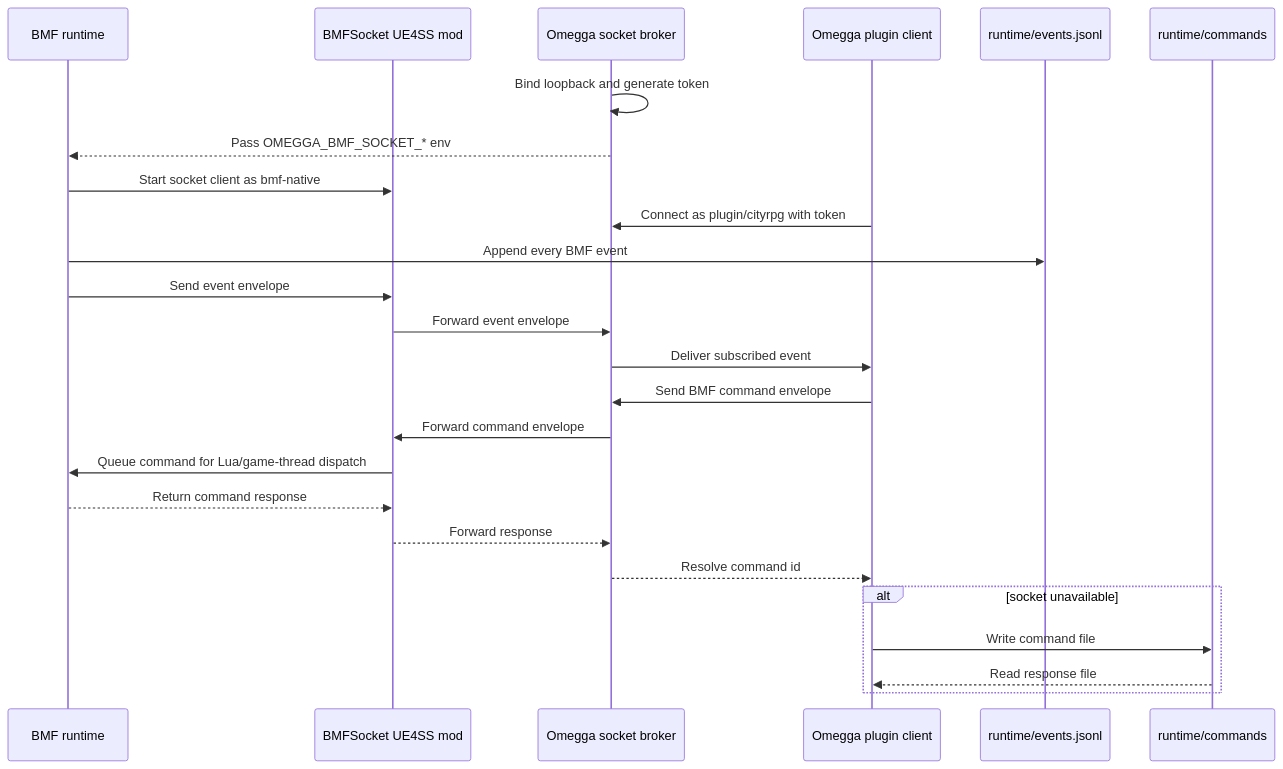
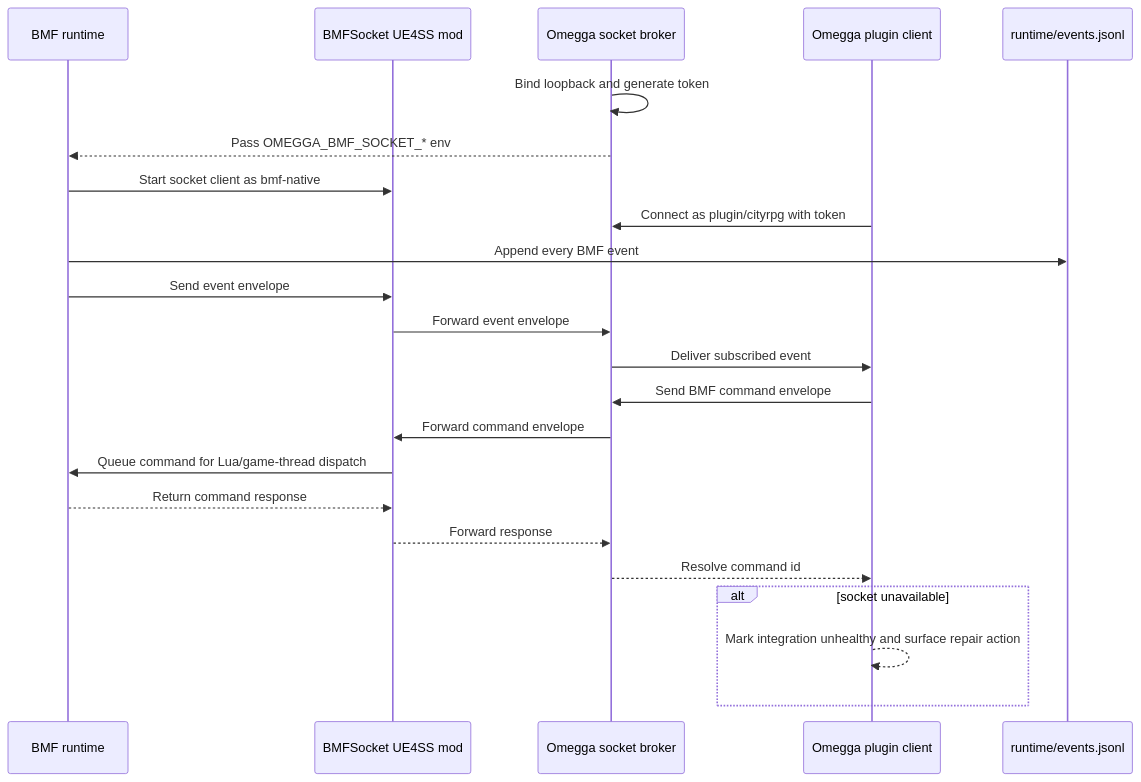
One commit to Ty-lerCox/brickadia-modding-framework changed the sixth of 9 diagrams in docs/architecture/architecture-patterns.md. Above: the diagram before and after it, drawn with Mermaid. The commit also changed other lines of this file and 140 other files, not shown here.

````diff
--- a/docs/architecture/architecture-patterns.md
+++ b/docs/architecture/architecture-patterns.md
@@ -179,28 +179,26 @@
 ```mermaid
 sequenceDiagram
     participant BMF as BMF runtime
     participant Native as BMFSocket UE4SS mod
     participant Broker as Omegga socket broker
     participant Plugin as Omegga plugin client
     participant Jsonl as runtime/events.jsonl
-    participant Fallback as runtime/commands
 
     Broker->>Broker: Bind loopback and generate token
     Broker-->>BMF: Pass OMEGGA_BMF_SOCKET_* env
     BMF->>Native: Start socket client as bmf-native
     Plugin->>Broker: Connect as plugin/cityrpg with token
     BMF->>Jsonl: Append every BMF event
     BMF->>Native: Send event envelope
     Native->>Broker: Forward event envelope
     Broker->>Plugin: Deliver subscribed event
     Plugin->>Broker: Send BMF command envelope
     Broker->>Native: Forward command envelope
     Native->>BMF: Queue command for Lua/game-thread dispatch
     BMF-->>Native: Return command response
     Native-->>Broker: Forward response
     Broker-->>Plugin: Resolve command id
     alt socket unavailable
-        Plugin->>Fallback: Write command file
-        Fallback-->>Plugin: Read response file
+        Plugin-->>Plugin: Mark integration unhealthy and surface repair action
     end
 ```
````
